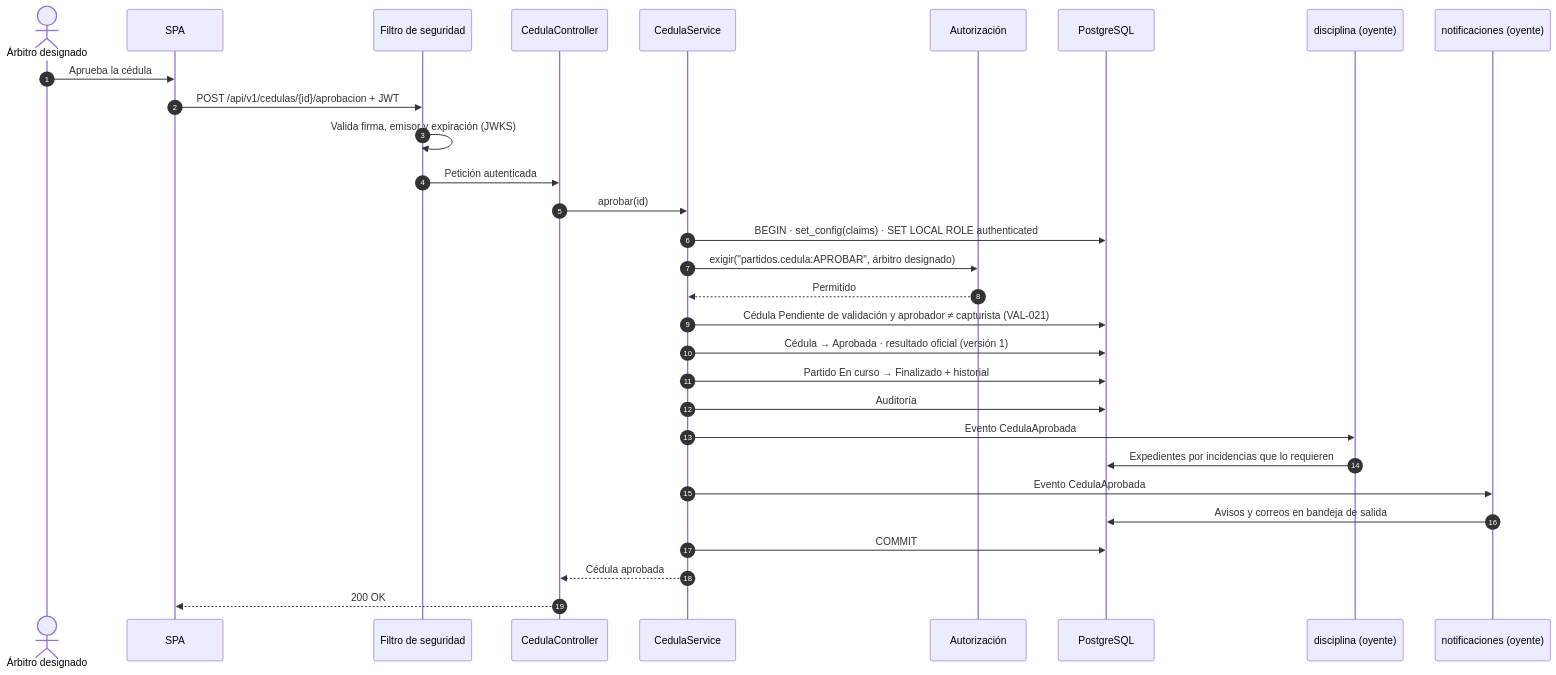
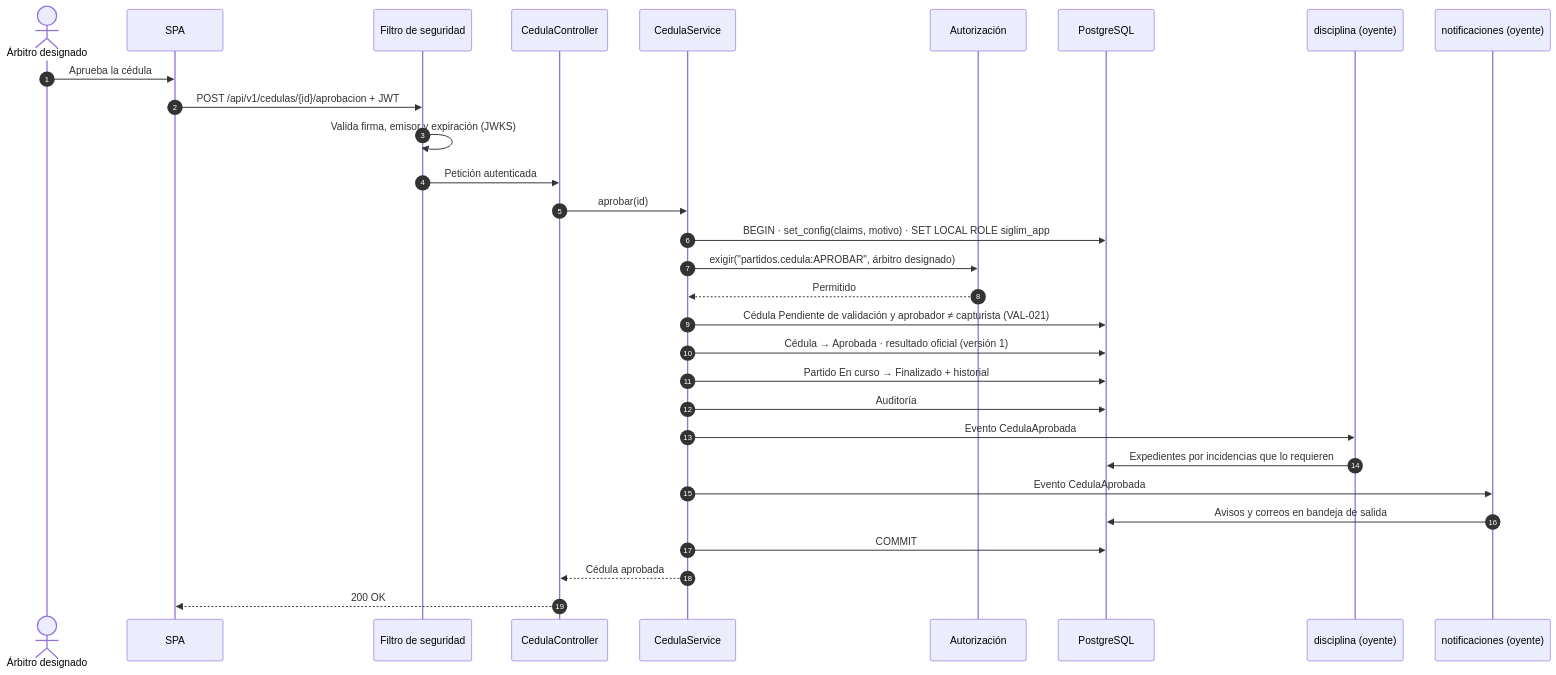
Diagram 13 of 15 in docs/arquitectura/arquitectura-y-diseno-jerarquico.md (israelweil/SIGLIM), drawn with Mermaid before and after one commit. The commit also changed other lines of this file and 30 other files, not shown here.

````diff
--- a/docs/arquitectura/arquitectura-y-diseno-jerarquico.md
+++ b/docs/arquitectura/arquitectura-y-diseno-jerarquico.md
@@ -538,32 +541,32 @@
 ```mermaid
 sequenceDiagram
     autonumber
     actor A as Árbitro designado
     participant SPA
     participant F as Filtro de seguridad
     participant C as CedulaController
     participant S as CedulaService
     participant Z as Autorización
     participant BD as PostgreSQL
     participant D as disciplina (oyente)
     participant N as notificaciones (oyente)
     A->>SPA: Aprueba la cédula
     SPA->>F: POST /api/v1/cedulas/{id}/aprobacion + JWT
     F->>F: Valida firma, emisor y expiración (JWKS)
     F->>C: Petición autenticada
     C->>S: aprobar(id)
-    S->>BD: BEGIN · set_config(claims) · SET LOCAL ROLE authenticated
+    S->>BD: BEGIN · set_config(claims, motivo) · SET LOCAL ROLE siglim_app
     S->>Z: exigir("partidos.cedula:APROBAR", árbitro designado)
     Z-->>S: Permitido
     S->>BD: Cédula Pendiente de validación y aprobador ≠ capturista (VAL-021)
     S->>BD: Cédula → Aprobada · resultado oficial (versión 1)
     S->>BD: Partido En curso → Finalizado + historial
     S->>BD: Auditoría
     S->>D: Evento CedulaAprobada
     D->>BD: Expedientes por incidencias que lo requieren
     S->>N: Evento CedulaAprobada
     N->>BD: Avisos y correos en bandeja de salida
     S->>BD: COMMIT
     S-->>C: Cédula aprobada
     C-->>SPA: 200 OK
 ```
````
